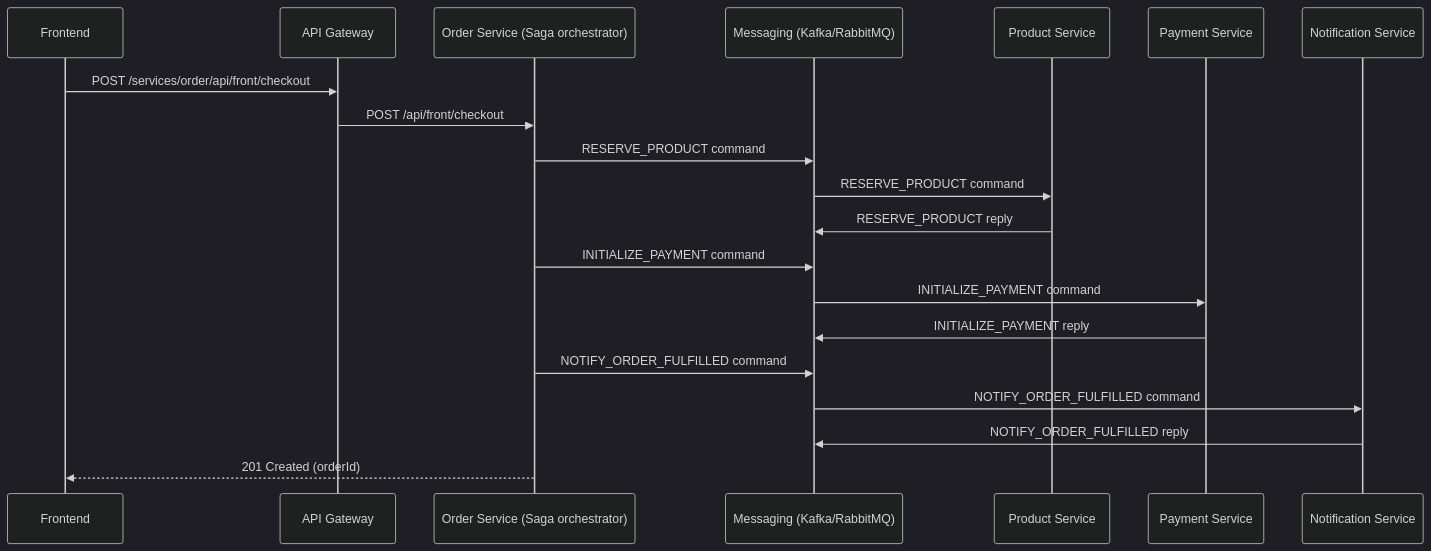
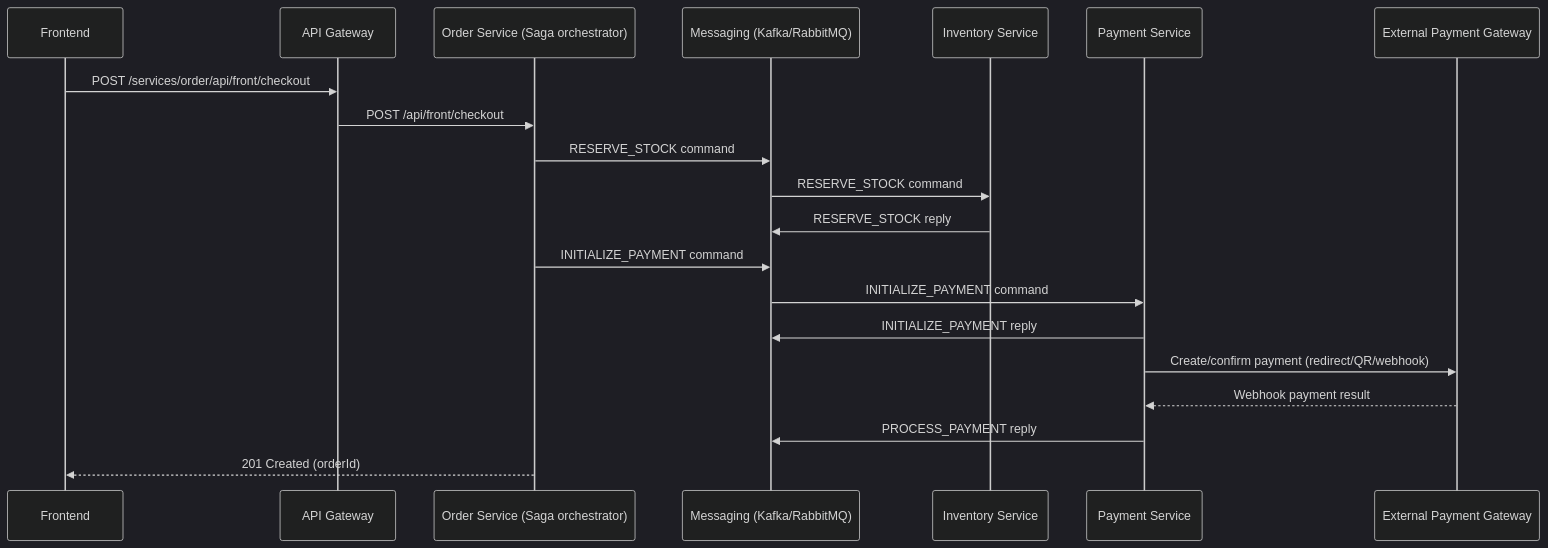
The second of 3 diagrams in README.md (atlashk/atlas), drawn with Mermaid (dark theme) before and after one commit. The commit also changed other lines of this file and 1 other file, not shown here.

````diff
--- a/README.md
+++ b/README.md
@@ -83,23 +282,23 @@
 ```mermaid
 sequenceDiagram
   participant FE as Frontend
   participant GW as API Gateway
   participant ORD as Order Service (Saga orchestrator)
   participant MQ as Messaging (Kafka/RabbitMQ)
-  participant PRD as Product Service
+  participant INV as Inventory Service
   participant PAY as Payment Service
-  participant NOT as Notification Service
+  participant EXT as External Payment Gateway
 
   FE->>GW: POST /services/order/api/front/checkout
   GW->>ORD: POST /api/front/checkout
-  ORD->>MQ: RESERVE_PRODUCT command
-  MQ->>PRD: RESERVE_PRODUCT command
-  PRD->>MQ: RESERVE_PRODUCT reply
+  ORD->>MQ: RESERVE_STOCK command
+  MQ->>INV: RESERVE_STOCK command
+  INV->>MQ: RESERVE_STOCK reply
   ORD->>MQ: INITIALIZE_PAYMENT command
   MQ->>PAY: INITIALIZE_PAYMENT command
   PAY->>MQ: INITIALIZE_PAYMENT reply
-  ORD->>MQ: NOTIFY_ORDER_FULFILLED command
-  MQ->>NOT: NOTIFY_ORDER_FULFILLED command
-  NOT->>MQ: NOTIFY_ORDER_FULFILLED reply
+  PAY->>EXT: Create/confirm payment (redirect/QR/webhook)
+  EXT-->>PAY: Webhook payment result
+  PAY->>MQ: PROCESS_PAYMENT reply
   ORD-->>FE: 201 Created (orderId)
 ```
````
